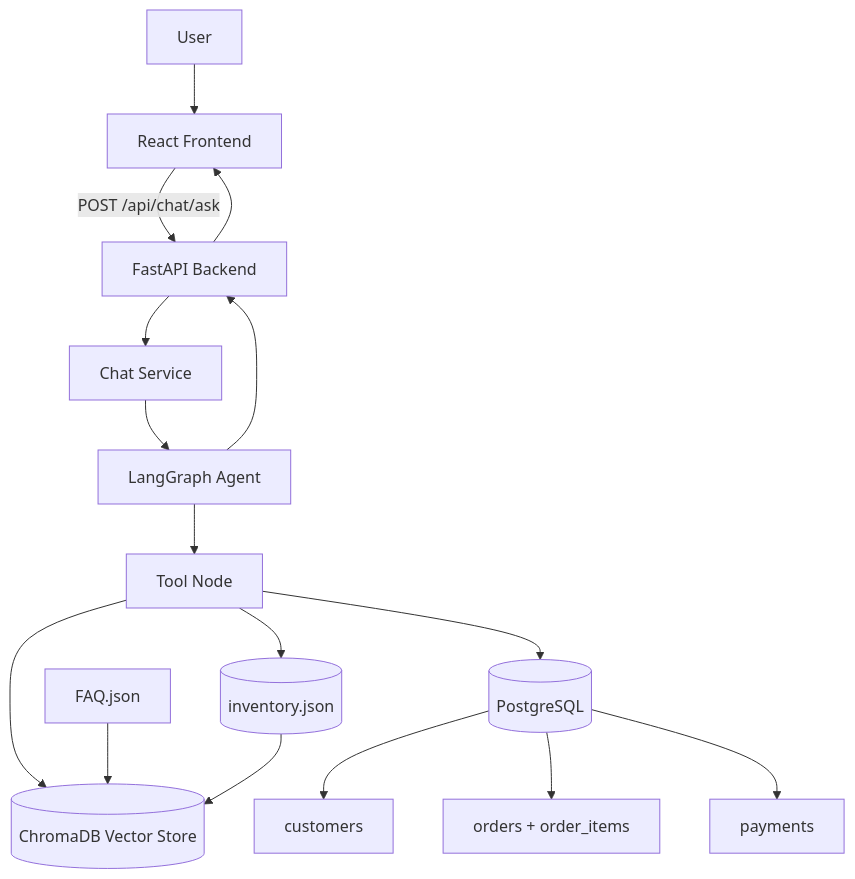
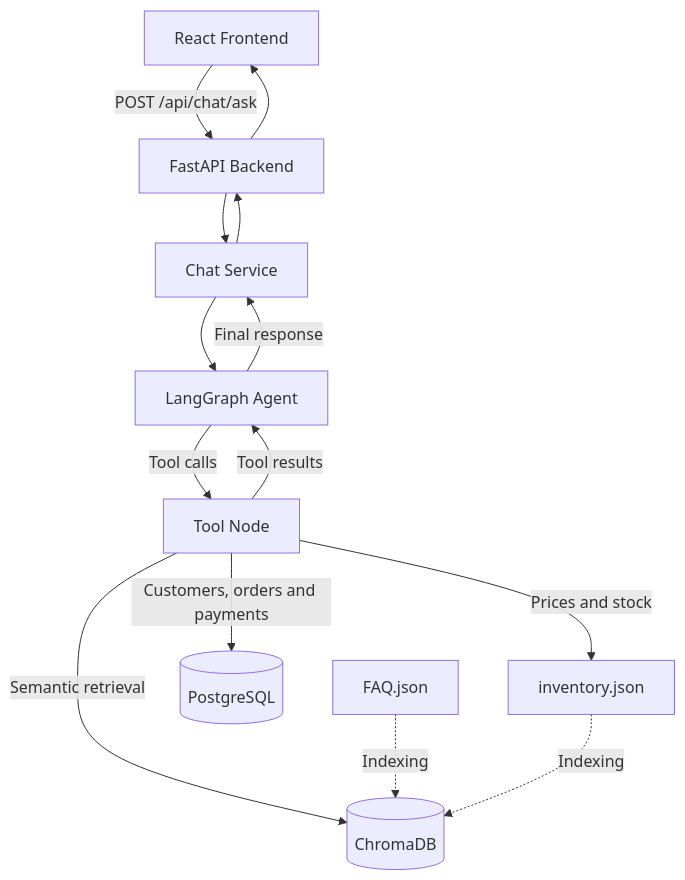
One commit to Salah-Trabelsi/Chocolate-Customer-Support-Chatbot changed the diagram in README.md. Above: the diagram before and after it, drawn with Mermaid. The commit also changed other lines of this file and 5 other files, not shown here.

````diff
--- a/README.md
+++ b/README.md
@@ -37,22 +43,19 @@
 ```mermaid
 flowchart TD
-    U[User] --> FE[React Frontend]
-    FE -->|POST /api/chat/ask| BE[FastAPI Backend]
+    FE[React Frontend] -->|POST /api/chat/ask| BE[FastAPI Backend]
     BE --> CS[Chat Service]
     CS --> LG[LangGraph Agent]
-    LG --> TN[Tool Node]
+    LG -->|Tool calls| TN[Tool Node]
+    TN -->|Tool results| LG
 
-    TN --> VS[(ChromaDB Vector Store)]
-    TN --> INV[(inventory.json)]
-    TN --> PG[(PostgreSQL)]
+    TN -->|Semantic retrieval| VS[(ChromaDB)]
+    TN -->|Prices and stock| INV[inventory.json]
+    TN -->|Customers, orders and payments| PG[(PostgreSQL)]
 
-    FAQ[FAQ.json] --> VS
-    INV --> VS
+    FAQ[FAQ.json] -.->|Indexing| VS
+    INV -.->|Indexing| VS
 
-    PG --> CUST[customers]
-    PG --> ORD[orders + order_items]
-    PG --> PAY[payments]
-
-    LG --> BE
+    LG -->|Final response| CS
+    CS --> BE
     BE --> FE
 ```
````
